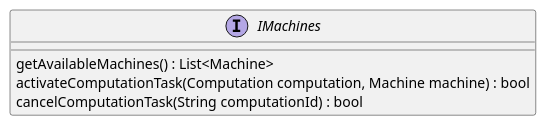
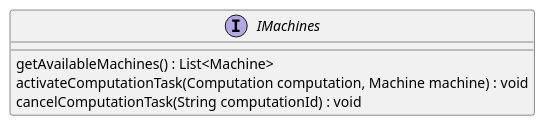
One commit to Plan-B-PO/docs changed the diagram in api/inner_inerfaces.puml. Above: the diagram before and after it, drawn with PlantUML.

Commit message:
Change IMachines methods' return

```diff
--- a/api/inner_inerfaces.puml
+++ b/api/inner_inerfaces.puml
@@ -1,11 +1,11 @@
 @startuml
 
 interface IMachines {
 
 getAvailableMachines() : List<Machine>
-activateComputationTask(Computation computation, Machine machine) : bool
-cancelComputationTask(String computationId) : bool
+activateComputationTask(Computation computation, Machine machine) : void
+cancelComputationTask(String computationId) : void
 
 }
 
 @enduml
```
